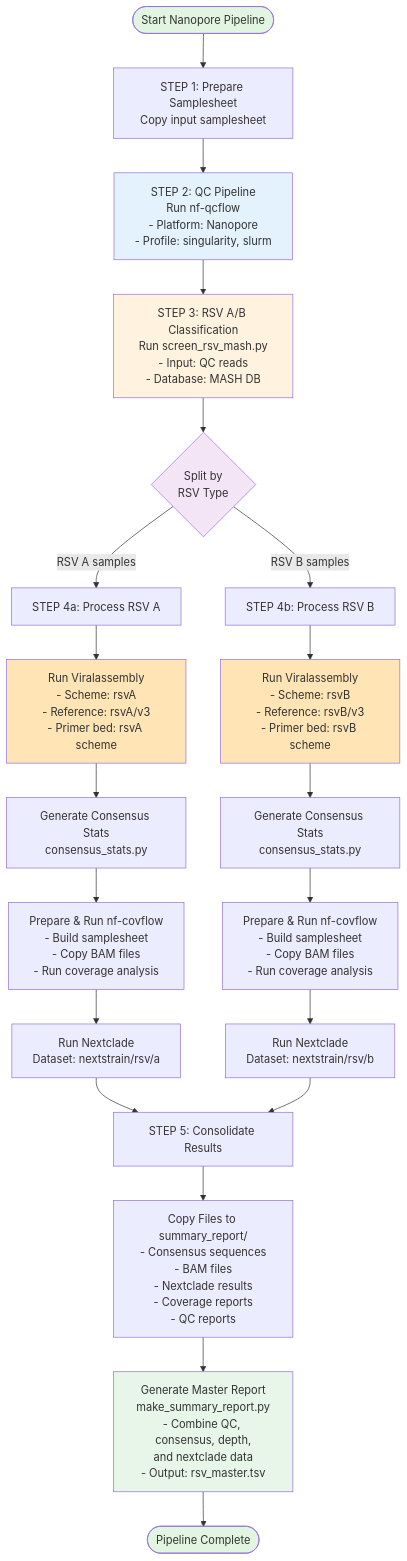
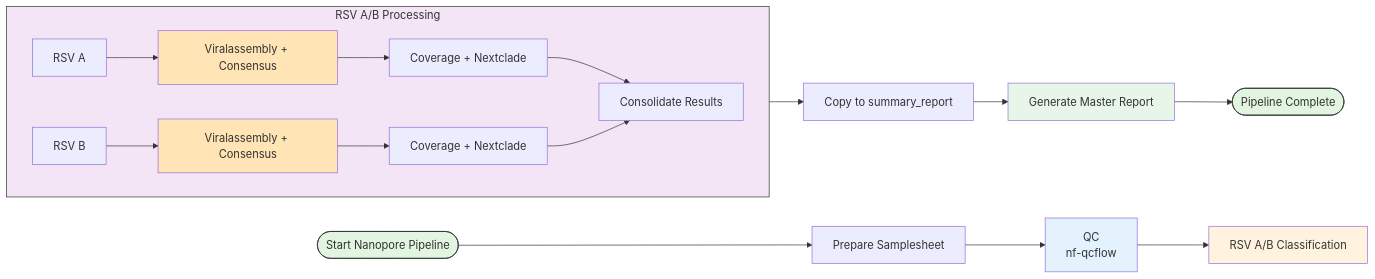
One commit to xiaoli-dong/rsv-analyzer changed the second of 2 diagrams in README.md. Above: the diagram before and after it, drawn with Mermaid. The commit also changed other lines of this file, not shown here.

First line of the commit message:
Revise Illumina and Nanopore workflow diagrams

````diff
--- a/README.md
+++ b/README.md
@@ -64,44 +53,33 @@
 ```mermaid
-flowchart TD
-    Start2([Start Nanopore Pipeline]) --> Step1n[STEP 1: Prepare Samplesheet<br/>Copy input samplesheet]
-    
-    Step1n --> Step2n[STEP 2: QC Pipeline<br/>Run nf-qcflow<br/>- Platform: Nanopore<br/>- Profile: singularity, slurm]
-    
-    Step2n --> Step3n[STEP 3: RSV A/B Classification<br/>Run screen_rsv_mash.py<br/>- Input: QC reads<br/>- Database: MASH DB]
-    
-    Step3n --> Split2{Split by<br/>RSV Type}
-    
-    Split2 -->|RSV A samples| ProcessA2[STEP 4a: Process RSV A]
-    Split2 -->|RSV B samples| ProcessB2[STEP 4b: Process RSV B]
-    
-    ProcessA2 --> VirA2[Run Viralassembly<br/>- Scheme: rsvA<br/>- Reference: rsvA/v3<br/>- Primer bed: rsvA scheme]
-    
-    ProcessB2 --> VirB2[Run Viralassembly<br/>- Scheme: rsvB<br/>- Reference: rsvB/v3<br/>- Primer bed: rsvB scheme]
-    
-    VirA2 --> StatsA2[Generate Consensus Stats<br/>consensus_stats.py]
-    VirB2 --> StatsB2[Generate Consensus Stats<br/>consensus_stats.py]
-    
-    StatsA2 --> CovA2[Prepare & Run nf-covflow<br/>- Build samplesheet<br/>- Copy BAM files<br/>- Run coverage analysis]
-    StatsB2 --> CovB2[Prepare & Run nf-covflow<br/>- Build samplesheet<br/>- Copy BAM files<br/>- Run coverage analysis]
-    
-    CovA2 --> NextA2[Run Nextclade<br/>Dataset: nextstrain/rsv/a]
-    CovB2 --> NextB2[Run Nextclade<br/>Dataset: nextstrain/rsv/b]
-    
-    NextA2 --> Merge2[STEP 5: Consolidate Results]
-    NextB2 --> Merge2
-    
-    Merge2 --> Copy2[Copy Files to summary_report/<br/>- Consensus sequences<br/>- BAM files<br/>- Nextclade results<br/>- Coverage reports<br/>- QC reports]
-    
-    Copy2 --> Final2[Generate Master Report<br/>make_summary_report.py<br/>- Combine QC, consensus, depth,<br/>and nextclade data<br/>- Output: rsv_master.tsv]
-    
+flowchart LR
+    %% Main Pipeline
+    Start2([Start Nanopore Pipeline]) --> Step1n[Prepare Samplesheet]
+    Step1n --> Step2n[QC <br>nf-qcflow]
+    Step2n --> Step3n[RSV A/B Classification]
+
+    %% RSV A/B Processing Branches
+    subgraph RSV_Branches["RSV A/B Processing"]
+        direction LR
+        A2["RSV A"] --> VA2["Viralassembly + Consensus"]
+        B2["RSV B"] --> VB2["Viralassembly + Consensus"]
+        VA2 --> CA2["Coverage + Nextclade"]
+        VB2 --> CB2["Coverage + Nextclade"]
+        CA2 --> Merge2["Consolidate Results"]
+        CB2 --> Merge2
+    end
+
+    %% Final Steps
+    Merge2 --> Copy2["Copy to summary_report"]
+    Copy2 --> Final2["Generate Master Report"]
     Final2 --> End2([Pipeline Complete])
-    
-    style Start2 fill:#e1f5e1
-    style End2 fill:#e1f5e1
+
+    %% Styling
+    style Start2 fill:#e1f5e1,stroke:#333
+    style End2 fill:#e1f5e1,stroke:#333
     style Step2n fill:#e3f2fd
     style Step3n fill:#fff3e0
-    style Split2 fill:#f3e5f5
-    style VirA2 fill:#ffe4b5
-    style VirB2 fill:#ffe4b5
+    style RSV_Branches fill:#f3e5f5,stroke:#333
+    style VA2 fill:#ffe4b5
+    style VB2 fill:#ffe4b5
     style Final2 fill:#e8f5e9
 ```
````
